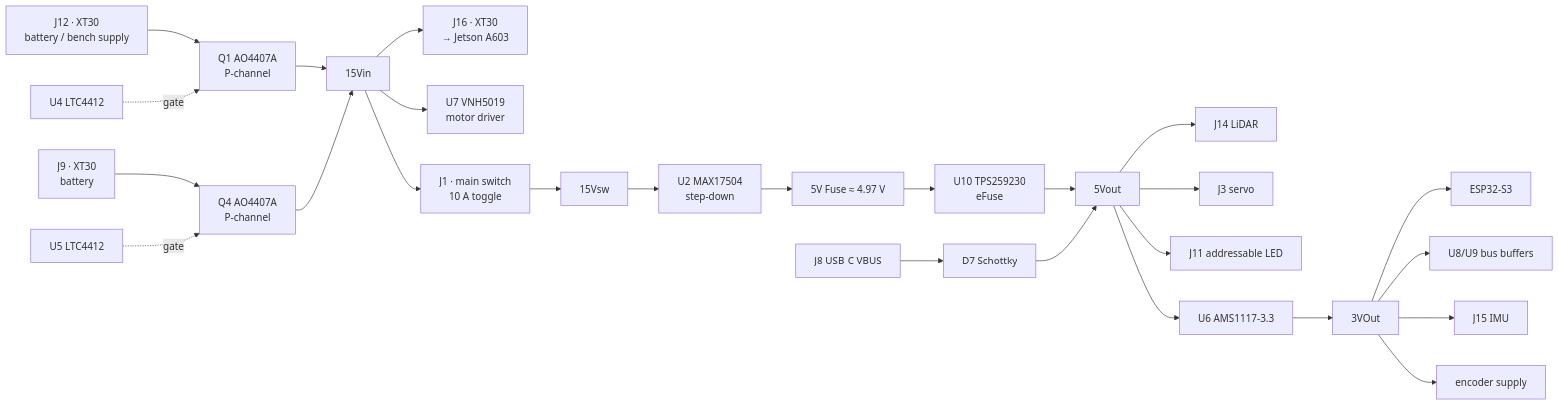
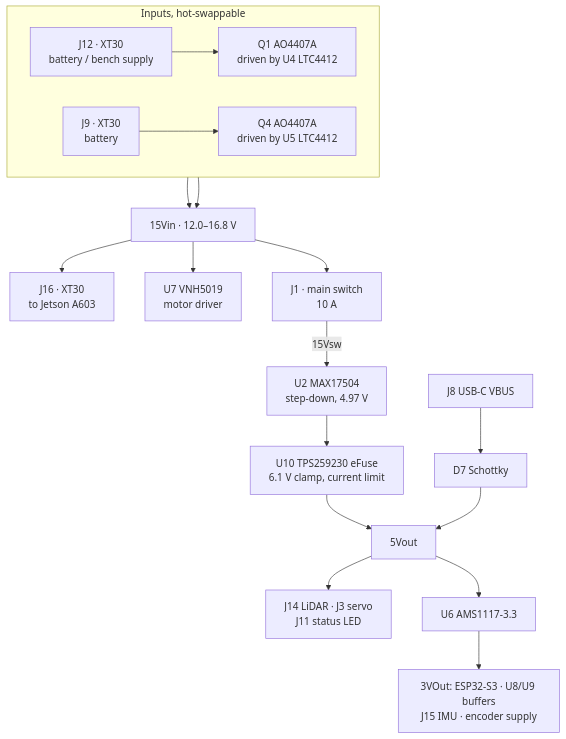
The first of 2 diagrams in docs/journal/03-power-sensors.md (Mac-Lego-RMS/JetsonOrinNano), drawn with Mermaid before and after one commit. The commit also changed other lines of this file, not shown here.

Commit message:
Make the power path diagram legible and correct the collision argument
The power path diagram rendered as one row of 25 boxes scaled to page
width; it now runs top to bottom with the two inputs grouped. The servo
bus diagram loses its pull-down box, which the text already explains.

The chapter claimed a collision produces almost no current rise and
that current-based detection could not work at any sense resistor. The
measurements say otherwise: 0.2 A driving against 0.53 A of wheelspin,
resolvable with a resistor sized for it. The argument for the encoder
is now the narrow, load-dependent margin, not impossibility.

R29 = 45.3 kOhm was described as fitted; it is the planned value until
the swap on the vehicle is confirmed.

````diff
--- a/docs/journal/03-power-sensors.md
+++ b/docs/journal/03-power-sensors.md
@@ -124,27 +124,20 @@
 ```mermaid
-flowchart LR
-  B1["J12 · XT30<br/>battery / bench supply"] --> Q1["Q1 AO4407A<br/>P-channel"]
-  B2["J9 · XT30<br/>battery"] --> Q4["Q4 AO4407A<br/>P-channel"]
-  U4["U4 LTC4412"] -. gate .-> Q1
-  U5["U5 LTC4412"] -. gate .-> Q4
-  Q1 --> RAIL["15Vin"]
+flowchart TB
+  subgraph IN["Inputs, hot-swappable"]
+    direction LR
+    B1["J12 · XT30<br/>battery / bench supply"] --> Q1["Q1 AO4407A<br/>driven by U4 LTC4412"]
+    B2["J9 · XT30<br/>battery"] --> Q4["Q4 AO4407A<br/>driven by U5 LTC4412"]
+  end
+  Q1 --> RAIL["15Vin · 12.0–16.8 V"]
   Q4 --> RAIL
-  RAIL --> J16["J16 · XT30<br/>→ Jetson A603"]
+  RAIL --> J16["J16 · XT30<br/>to Jetson A603"]
   RAIL --> U7["U7 VNH5019<br/>motor driver"]
-  RAIL --> SW["J1 · main switch<br/>10 A toggle"]
-  SW --> SWR["15Vsw"]
-  SWR --> U2["U2 MAX17504<br/>step-down"]
-  U2 --> RAIL5F["5V Fuse ≈ 4.97 V"]
-  RAIL5F --> U10["U10 TPS259230<br/>eFuse"]
-  U10 --> RAIL5["5Vout"]
-  USB["J8 USB-C VBUS"] --> D7["D7 Schottky"] --> RAIL5
-  RAIL5 --> LIDAR["J14 LiDAR"]
-  RAIL5 --> SERVO["J3 servo"]
-  RAIL5 --> LED["J11 addressable LED"]
-  RAIL5 --> U6["U6 AMS1117-3.3"]
-  U6 --> RAIL3["3VOut"]
-  RAIL3 --> ESP["ESP32-S3"]
-  RAIL3 --> BUF["U8/U9 bus buffers"]
-  RAIL3 --> GYRO["J15 IMU"]
-  RAIL3 --> ENC["encoder supply"]
+  RAIL --> SW["J1 · main switch<br/>10 A"]
+  SW -- 15Vsw --> U2["U2 MAX17504<br/>step-down, 4.97 V"]
+  U2 --> U10["U10 TPS259230 eFuse<br/>6.1 V clamp, current limit"]
+  U10 --> R5["5Vout"]
+  USB["J8 USB-C VBUS"] --> D7["D7 Schottky"] --> R5
+  R5 --> L5["J14 LiDAR · J3 servo<br/>J11 status LED"]
+  R5 --> U6["U6 AMS1117-3.3"]
+  U6 --> L3["3VOut: ESP32-S3 · U8/U9 buffers<br/>J15 IMU · encoder supply"]
 ```
````
